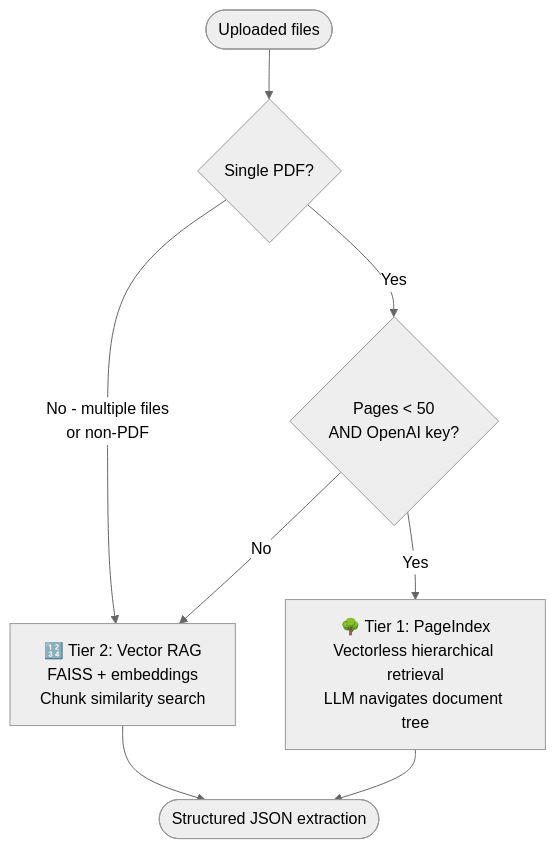
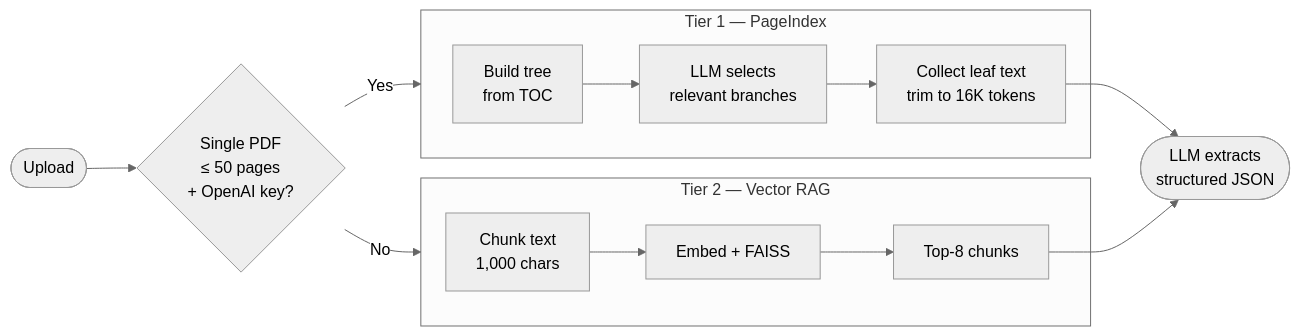
The fourth of 6 diagrams in README.md (msyafach/tp_doc_ai_agent_revised), drawn with Mermaid before and after one commit. The commit also changed other lines of this file, not shown here.

Commit message:
docs: consolidate document retrieval from 4 diagrams to 1 compact diagram

````diff
--- a/README.md
+++ b/README.md
@@ -491,15 +489,20 @@
 ```mermaid
 %%{init: {"theme": "neutral"}}%%
-flowchart TD
-    UP([Uploaded files]) --> Q1{Single PDF?}
-    Q1 -->|No - multiple files\nor non-PDF| VR
-    Q1 -->|Yes| Q2{Pages < 50\nAND OpenAI key?}
-    Q2 -->|No| VR
-    Q2 -->|Yes| PI
+flowchart LR
+    UP([Upload]) --> Q{Single PDF\n≤ 50 pages\n+ OpenAI key?}
+    Q -->|Yes| PI
+    Q -->|No| VR
 
-    PI["🌳 Tier 1: PageIndex\nVectorless hierarchical retrieval\nLLM navigates document tree"]
-    VR["🔢 Tier 2: Vector RAG\nFAISS + embeddings\nChunk similarity search"]
+    subgraph PI["Tier 1 — PageIndex"]
+        P1[Build tree\nfrom TOC] --> P2[LLM selects\nrelevant branches]
+        P2 --> P3[Collect leaf text\ntrim to 16K tokens]
+    end
 
-    PI --> EX([Structured JSON extraction])
-    VR --> EX
+    subgraph VR["Tier 2 — Vector RAG"]
+        V1[Chunk text\n1,000 chars] --> V2[Embed + FAISS]
+        V2 --> V3[Top-8 chunks]
+    end
+
+    P3 --> OUT([LLM extracts\nstructured JSON])
+    V3 --> OUT
 ```
````
